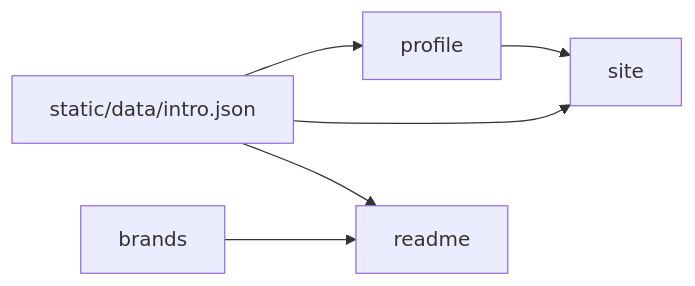
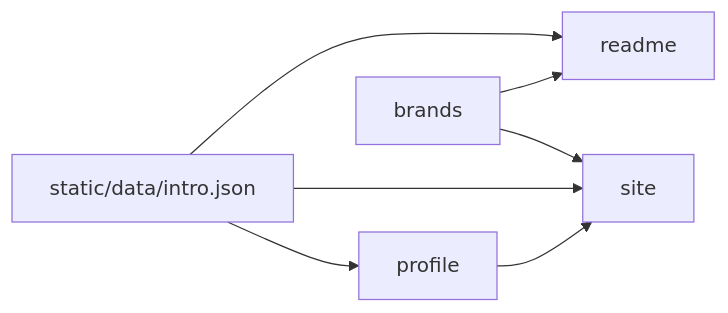
One commit to heyq02/heyq02 changed the diagram in architecture.md. Above: the diagram before and after it, drawn with Mermaid. The commit also changed other lines of this file and 11 other files, not shown here.

````diff
--- a/architecture.md
+++ b/architecture.md
@@ -17,13 +17,14 @@
 ```mermaid
 flowchart LR
   json["static/data/intro.json"]
   profile["profile"]
   brands["brands"]
   site["site"]
   readme["readme"]
   json --> profile
   json --> site
   json --> readme
   profile --> site
+  brands --> site
   brands --> readme
 ```
````
